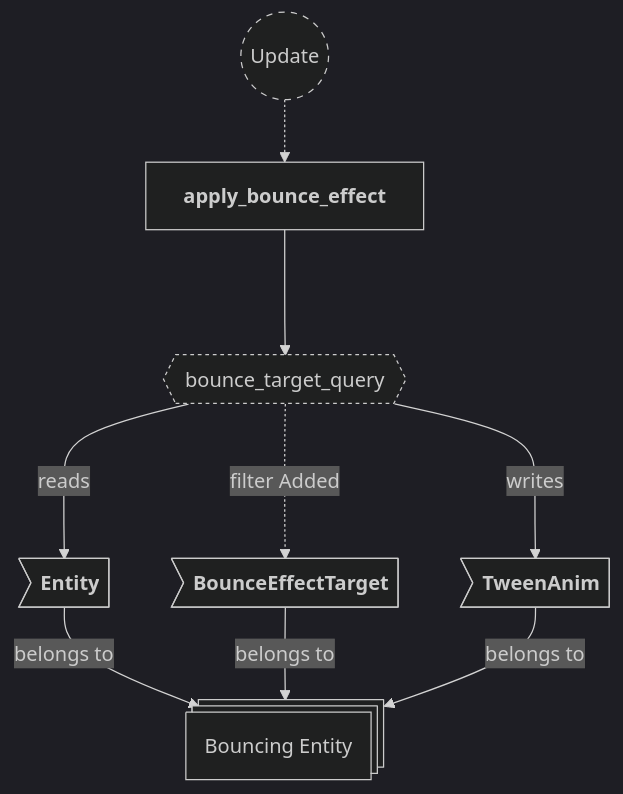
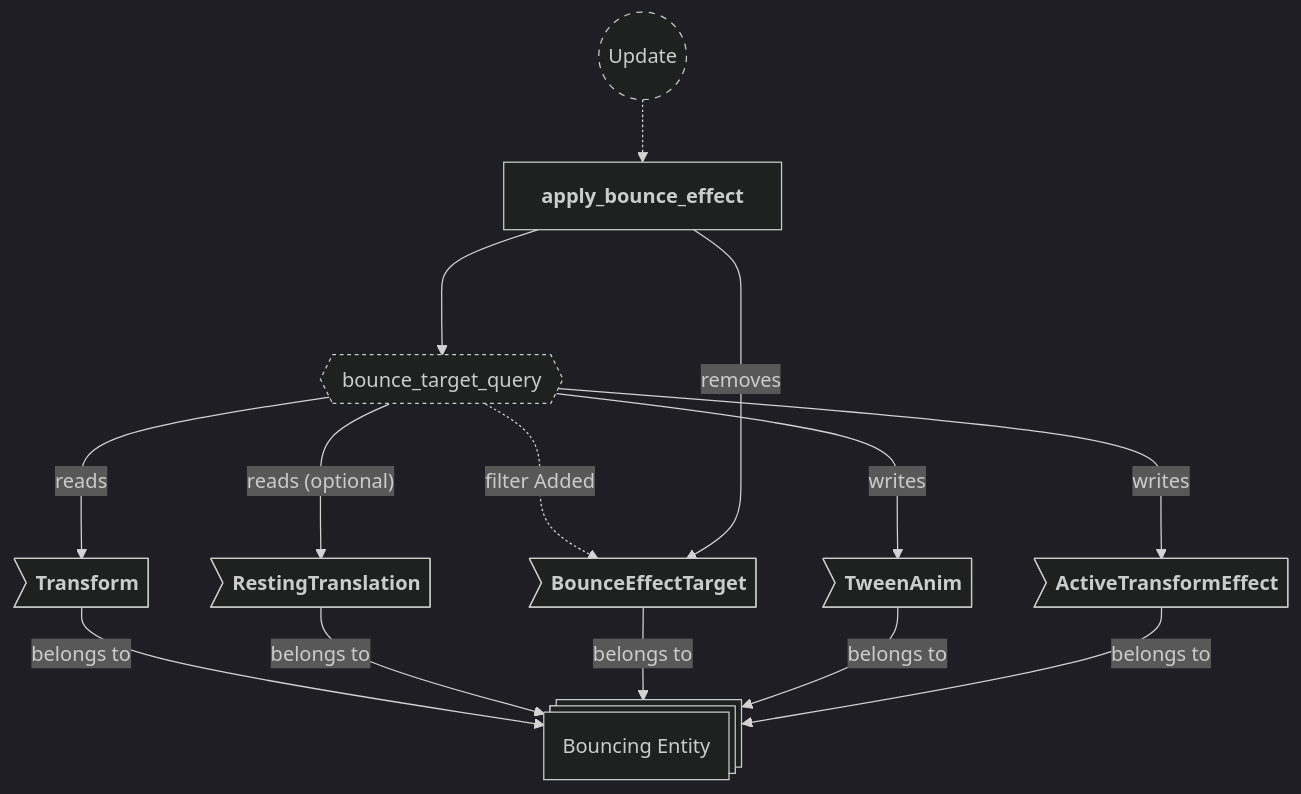
The ninth of 25 diagrams in backlog/docs/doc-10 - 008-Effects-plugin.md (neurosoup/tyled), drawn with Mermaid before and after one commit. The commit also changed other lines of this file and 14 other files, not shown here.

First line of the commit message:
Add beam-origin illumination and fix knockback transform-effect race

````diff
--- a/backlog/docs/doc-10 - 008-Effects-plugin.md
+++ b/backlog/docs/doc-10 - 008-Effects-plugin.md
@@ -358,28 +454,33 @@
 ```mermaid
 ---
 config:
   theme: dark
 ---
 
 flowchart TD
 classDef system-group stroke-dasharray: 5 5
 classDef query stroke-dasharray: 3 3
 
 update(("`Update`")):::system-group
 apply_bounce_effect["`**apply_bounce_effect**`"]
 
 update -.-> apply_bounce_effect
 
 bounce_target_query{{"`bounce_target_query`"}}:::query
 apply_bounce_effect ---> bounce_target_query
 
 bounce_entity@{ shape: st-rect, label: "Bouncing Entity" }
 
-be_entity>"`**Entity**`"] --> |belongs to| bounce_entity
+be_transform>"`**Transform**`"] --> |belongs to| bounce_entity
+be_resting>"`**RestingTranslation**`"] --> |belongs to| bounce_entity
 be_target>"`**BounceEffectTarget**`"] --> |belongs to| bounce_entity
 be_tween>"`**TweenAnim**`"] --> |belongs to| bounce_entity
+be_active>"`**ActiveTransformEffect**`"] --> |belongs to| bounce_entity
 
-bounce_target_query ---> |reads| be_entity
+bounce_target_query ---> |reads| be_transform
+bounce_target_query ---> |"reads (optional)"| be_resting
 bounce_target_query -..-> |filter Added| be_target
 bounce_target_query ---> |writes| be_tween
+bounce_target_query ---> |writes| be_active
+apply_bounce_effect ---> |removes| be_target
 ```
````
